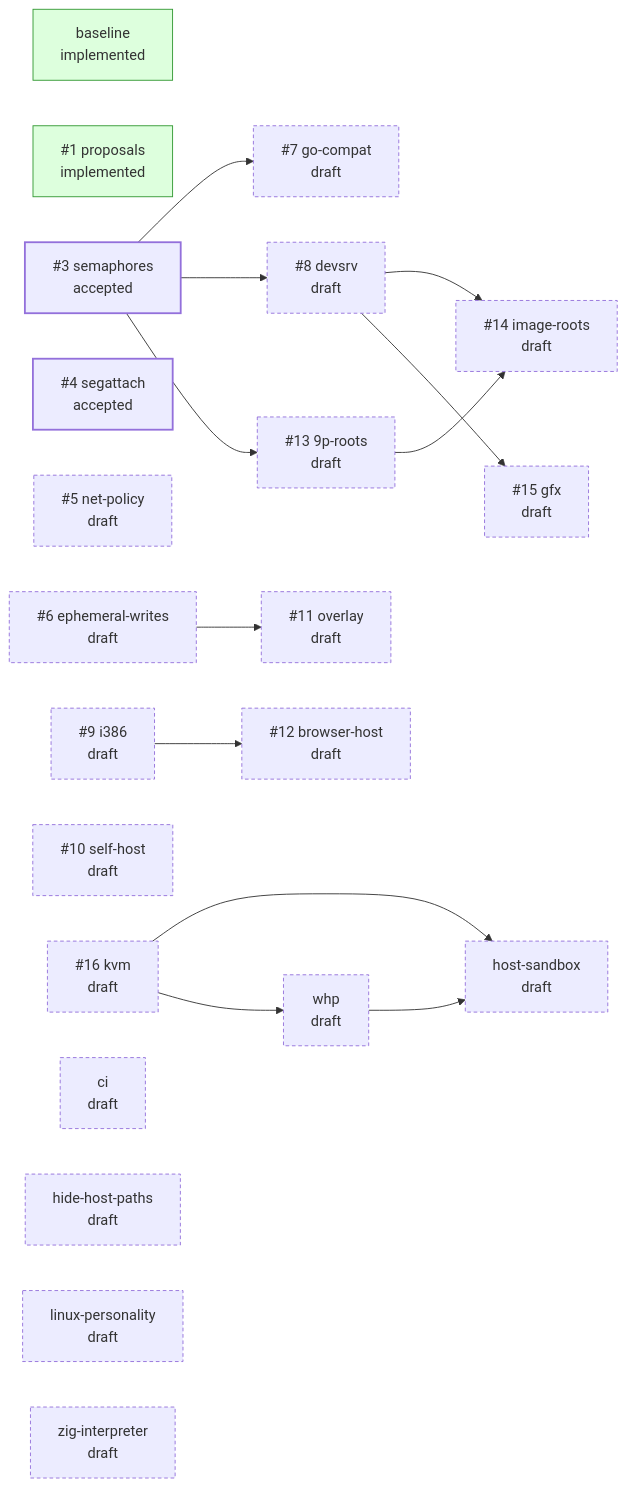
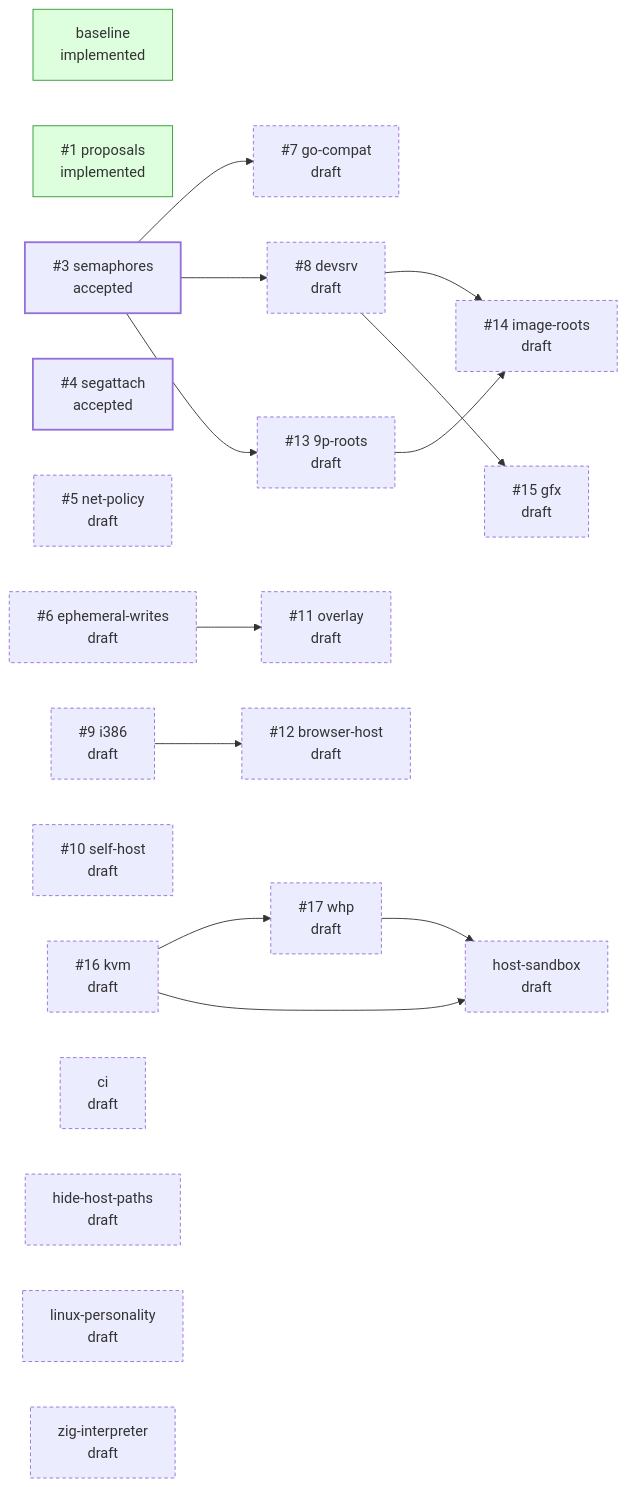
One commit to jpf/hyper9 changed the diagram in README.md. Above: the diagram before and after it, drawn with Mermaid. The commit also changed other lines of this file and 7 other files, not shown here.

````diff
--- a/README.md
+++ b/README.md
@@ -39,40 +39,40 @@
 ```mermaid
 flowchart LR
   classDef draft stroke-dasharray: 4 3
   classDef accepted stroke-width: 2px
   classDef implemented fill:#dfd,stroke:#393
   classDef closed fill:#eee,stroke:#999,color:#777
   p_baseline["baseline<br/>implemented"]:::implemented
   p_proposals["#35;1 proposals<br/>implemented"]:::implemented
   p_semaphores["#35;3 semaphores<br/>accepted"]:::accepted
   p_segattach["#35;4 segattach<br/>accepted"]:::accepted
   p_net_policy["#35;5 net-policy<br/>draft"]:::draft
   p_ephemeral_writes["#35;6 ephemeral-writes<br/>draft"]:::draft
   p_go_compat["#35;7 go-compat<br/>draft"]:::draft
   p_devsrv["#35;8 devsrv<br/>draft"]:::draft
   p_i386["#35;9 i386<br/>draft"]:::draft
   p_self_host["#35;10 self-host<br/>draft"]:::draft
   p_overlay["#35;11 overlay<br/>draft"]:::draft
   p_browser_host["#35;12 browser-host<br/>draft"]:::draft
   p_9p_roots["#35;13 9p-roots<br/>draft"]:::draft
   p_image_roots["#35;14 image-roots<br/>draft"]:::draft
   p_gfx["#35;15 gfx<br/>draft"]:::draft
   p_kvm["#35;16 kvm<br/>draft"]:::draft
+  p_whp["#35;17 whp<br/>draft"]:::draft
   p_ci["ci<br/>draft"]:::draft
   p_hide_host_paths["hide-host-paths<br/>draft"]:::draft
   p_host_sandbox["host-sandbox<br/>draft"]:::draft
   p_linux_personality["linux-personality<br/>draft"]:::draft
-  p_whp["whp<br/>draft"]:::draft
   p_zig_interpreter["zig-interpreter<br/>draft"]:::draft
   p_semaphores --> p_go_compat
   p_semaphores --> p_devsrv
   p_ephemeral_writes --> p_overlay
   p_i386 --> p_browser_host
   p_semaphores --> p_9p_roots
   p_devsrv --> p_image_roots
   p_9p_roots --> p_image_roots
   p_devsrv --> p_gfx
+  p_kvm --> p_whp
   p_kvm --> p_host_sandbox
   p_whp --> p_host_sandbox
-  p_kvm --> p_whp
 ```
````
